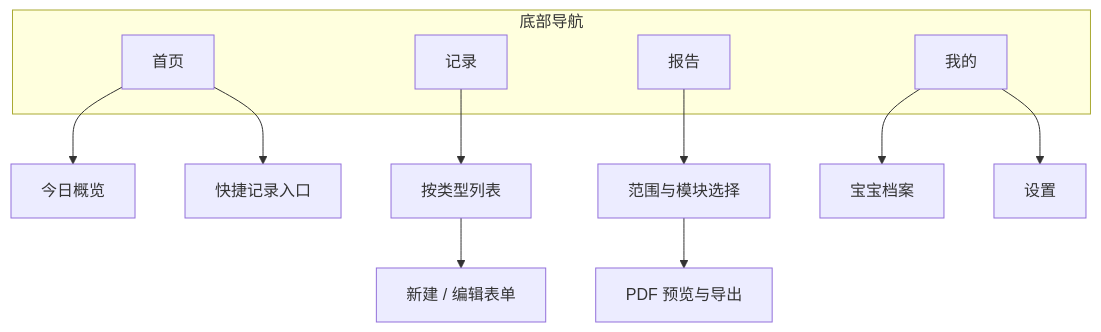
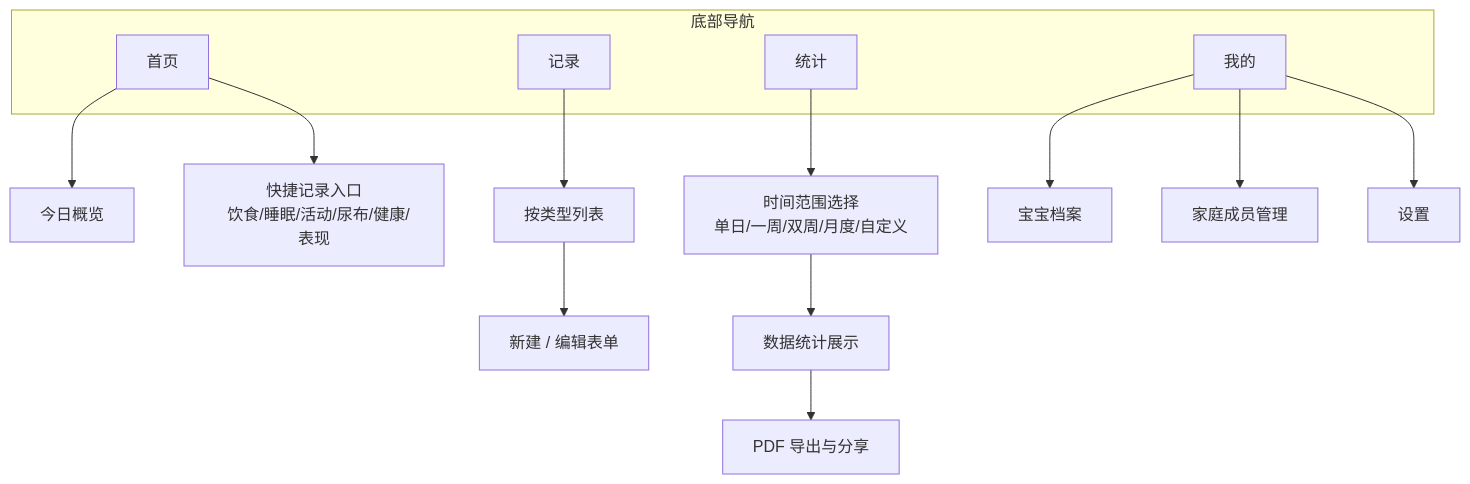
One commit to BingBlog/minicare changed the first of 11 diagrams in MVP-PRD.md. Above: the diagram before and after it, drawn with Mermaid. The commit also changed other lines of this file and 139 other files, not shown here.

````diff
--- a/MVP-PRD.md
+++ b/MVP-PRD.md
@@ -80,17 +88,21 @@
 ```mermaid
 flowchart TB
   subgraph tabs [底部导航]
     H[首页]
     R[记录]
-    P[报告]
+    S[统计]
     M[我的]
   end
   H --> H1[今日概览]
-  H --> H2[快捷记录入口]
+  H --> H2[快捷记录入口
+  饮食/睡眠/活动/尿布/健康/表现]
   R --> R1[按类型列表]
   R1 --> R2[新建 / 编辑表单]
-  P --> P1[范围与模块选择]
-  P1 --> P2[PDF 预览与导出]
+  S --> S1[时间范围选择
+  单日/一周/双周/月度/自定义]
+  S1 --> S2[数据统计展示]
+  S2 --> S3[PDF 导出与分享]
   M --> M1[宝宝档案]
-  M --> M2[设置]
+  M --> M2[家庭成员管理]
+  M --> M3[设置]
 ```
````
